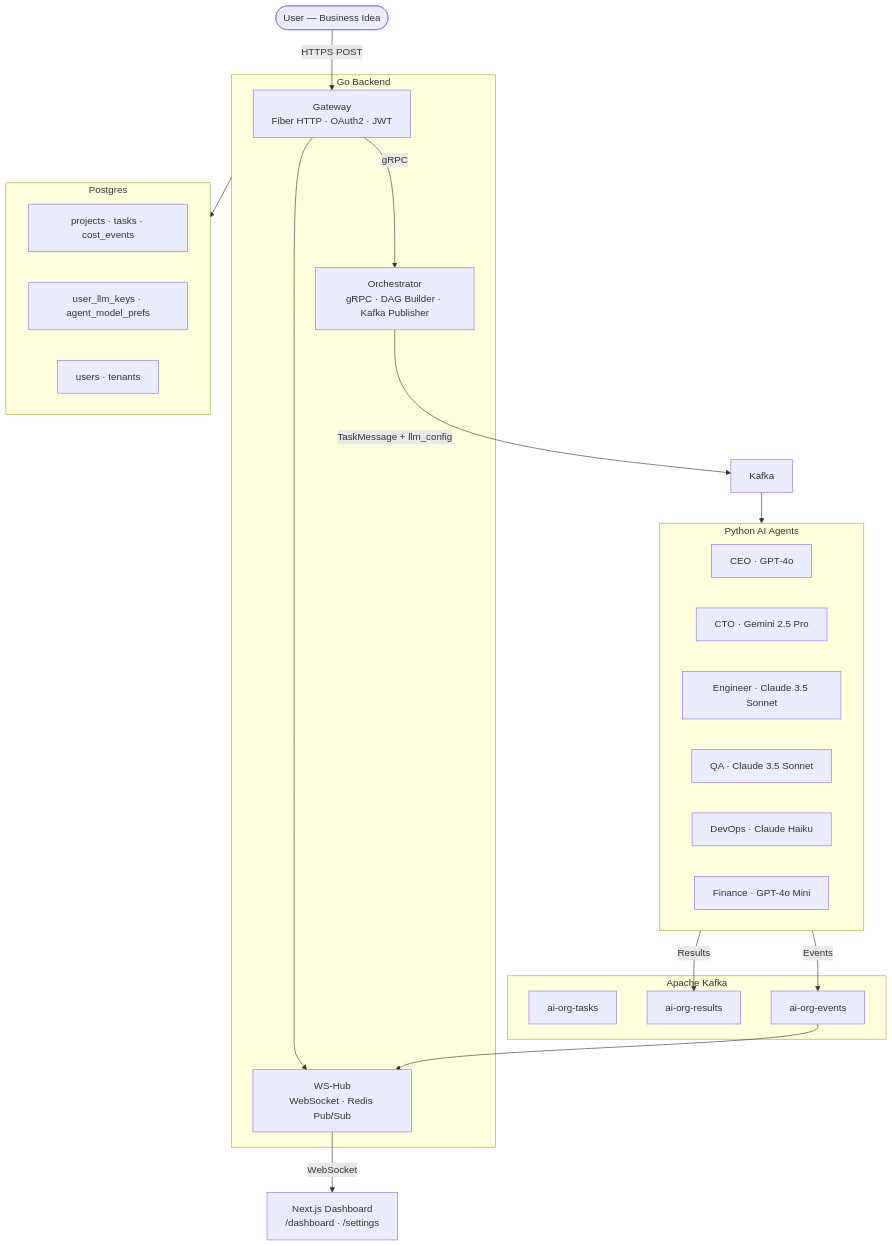
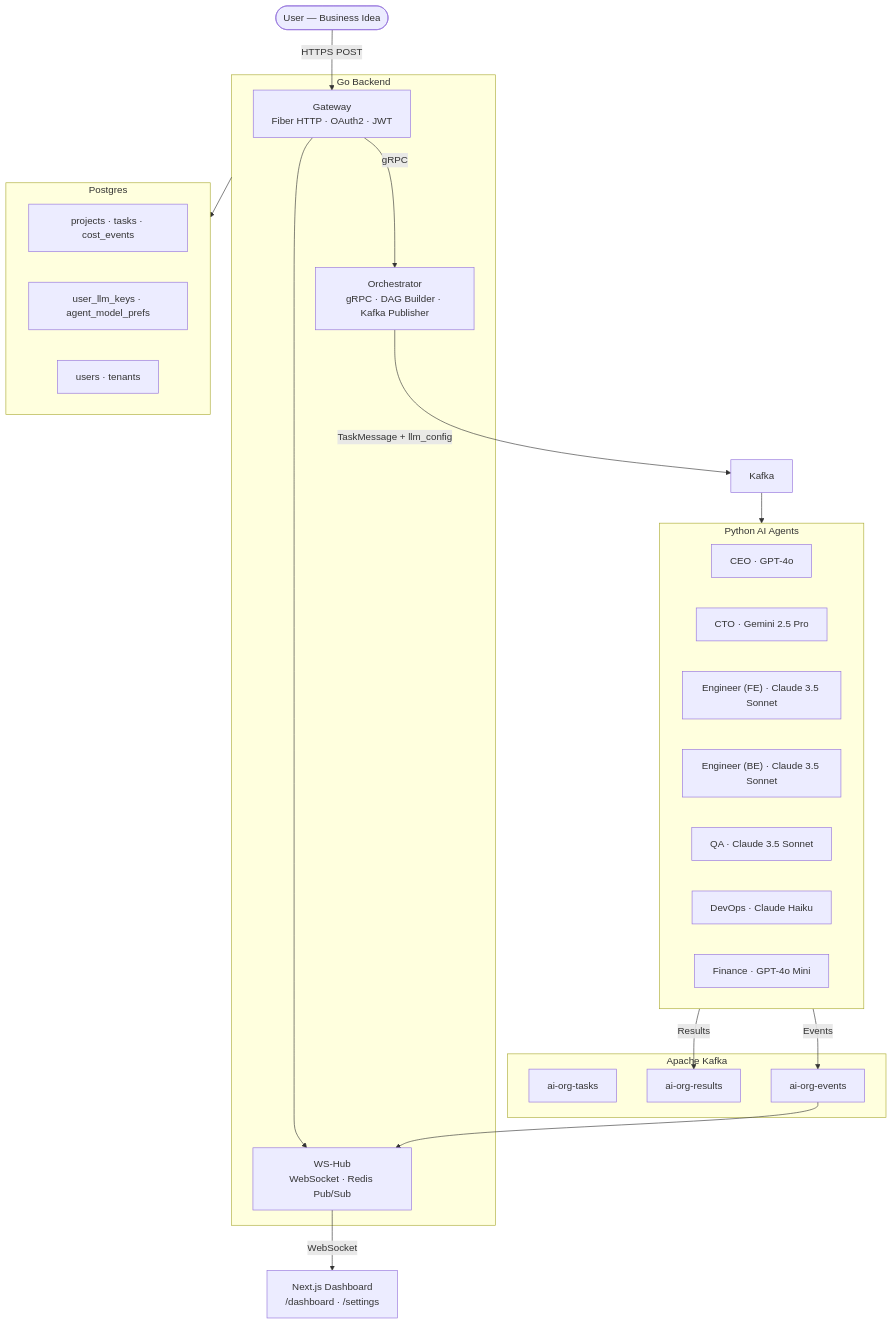
One commit to ArshVermaGit/Autonomous-Multi-Agent-AI-Organization changed the diagram in README.md. Above: the diagram before and after it, drawn with Mermaid. The commit also changed other lines of this file, not shown here.

````diff
--- a/README.md
+++ b/README.md
@@ -24,44 +25,45 @@
 ```mermaid
 flowchart TB
     User(["User — Business Idea"]) -->|"HTTPS POST"| GW
 
     subgraph GoBackend ["Go Backend"]
         GW["Gateway\nFiber HTTP · OAuth2 · JWT"]
         Orch["Orchestrator\ngRPC · DAG Builder · Kafka Publisher"]
         WS["WS-Hub\nWebSocket · Redis Pub/Sub"]
         GW -->|"gRPC"| Orch
         GW --> WS
     end
 
     Orch -->|"TaskMessage + llm_config"| Kafka
 
     subgraph EventBus ["Apache Kafka"]
         T["ai-org-tasks"]
         R["ai-org-results"]
         E["ai-org-events"]
     end
 
     Kafka --> Agents
 
     subgraph Agents ["Python AI Agents"]
         CEO["CEO · GPT-4o"]
         CTO["CTO · Gemini 2.5 Pro"]
-        ENG["Engineer · Claude 3.5 Sonnet"]
+        ENG_FE["Engineer (FE) · Claude 3.5 Sonnet"]
+        ENG_BE["Engineer (BE) · Claude 3.5 Sonnet"]
         QA["QA · Claude 3.5 Sonnet"]
         OPS["DevOps · Claude Haiku"]
         FIN["Finance · GPT-4o Mini"]
     end
 
     Agents -->|"Results"| R
     Agents -->|"Events"| E
     E --> WS
 
     subgraph DB ["Postgres"]
         P1["projects · tasks · cost_events"]
         P2["user_llm_keys · agent_model_prefs"]
         P3["users · tenants"]
     end
 
     GoBackend --> DB
     WS -->|"WebSocket"| Dash["Next.js Dashboard\n/dashboard · /settings"]
 ```
````
